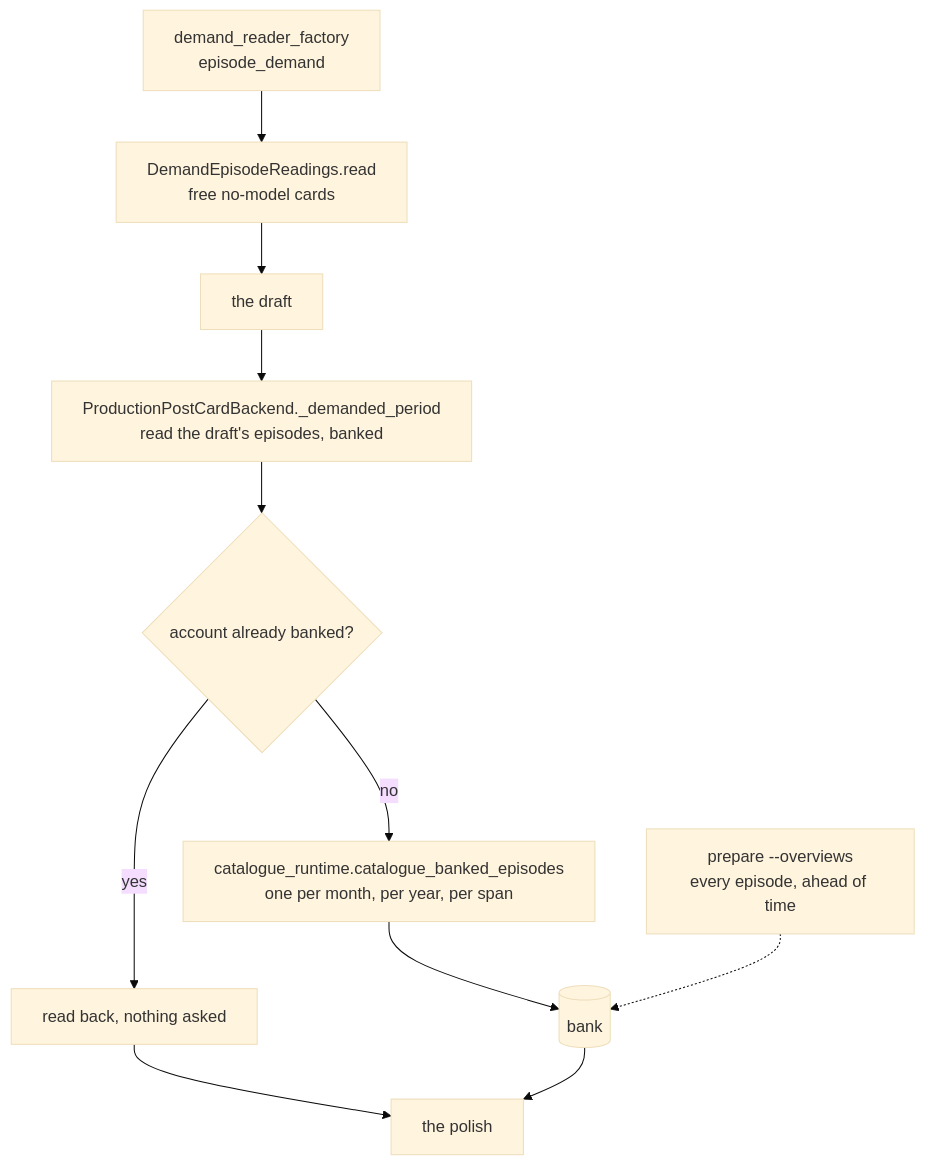
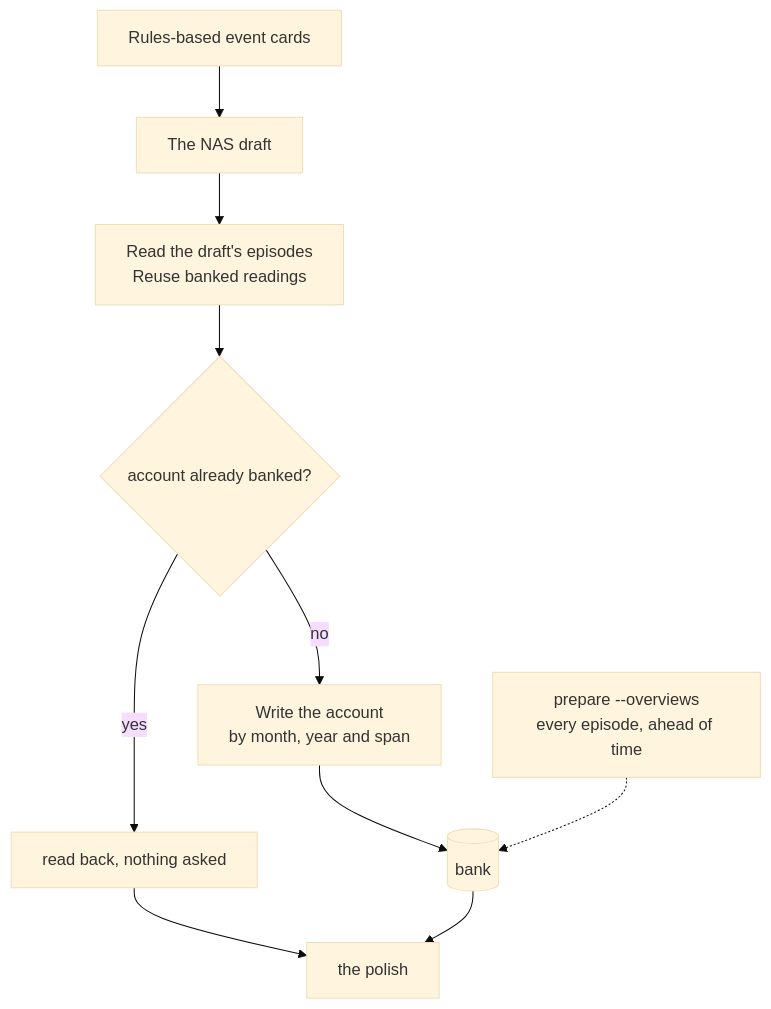
One commit to sam-dumont/immich-memories changed the third of 3 diagrams in docs-site/docs/how-it-chooses/what-a-model-adds.md. Above: the diagram before and after it, drawn with Mermaid (base theme). The commit also changed other lines of this file and 10 other files, not shown here.

Commit message:
docs(tiers): explain bounded refinement and readable phone diagrams

````diff
--- a/docs-site/docs/how-it-chooses/what-a-model-adds.md
+++ b/docs-site/docs/how-it-chooses/what-a-model-adds.md
@@ -128,13 +134,12 @@
 ```mermaid
 flowchart TD
-  factory["demand_reader_factory<br/>episode_demand"] --> free["DemandEpisodeReadings.read<br/>free no-model cards"]
-  free --> draft["the draft"]
-  draft --> dem["ProductionPostCardBackend._demanded_period<br/>read the draft's episodes, banked"]
+  free["Rules-based event cards"] --> draft["The NAS draft"]
+  draft --> dem["Read the draft's episodes<br/>Reuse banked readings"]
   dem --> have{"account already banked?"}
   have -- yes --> use["read back, nothing asked"]
-  have -- no --> cat["catalogue_runtime.catalogue_banked_episodes<br/>one per month, per year, per span"]
+  have -- no --> cat["Write the account<br/>by month, year and span"]
   cat --> bank[("bank")]
   use --> polish["the polish"]
   bank --> polish
   prep["prepare --overviews<br/>every episode, ahead of time"] -.-> bank
 ```
````
